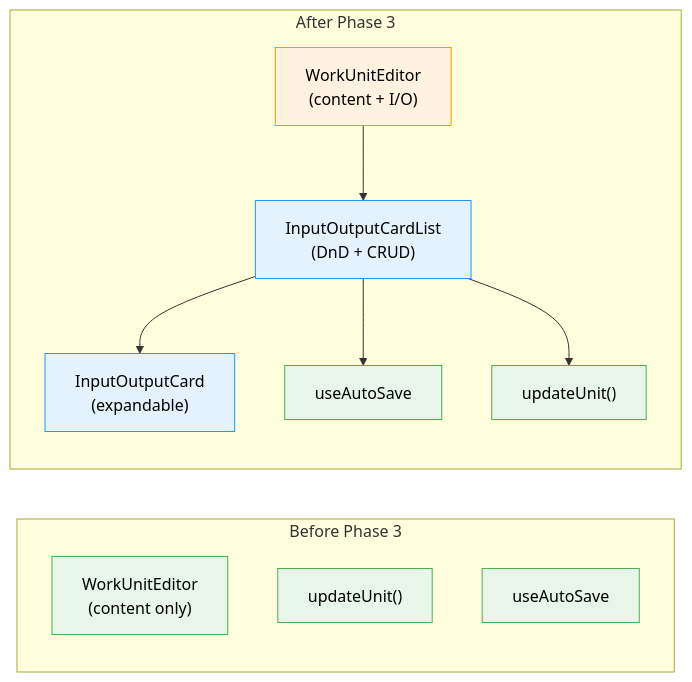
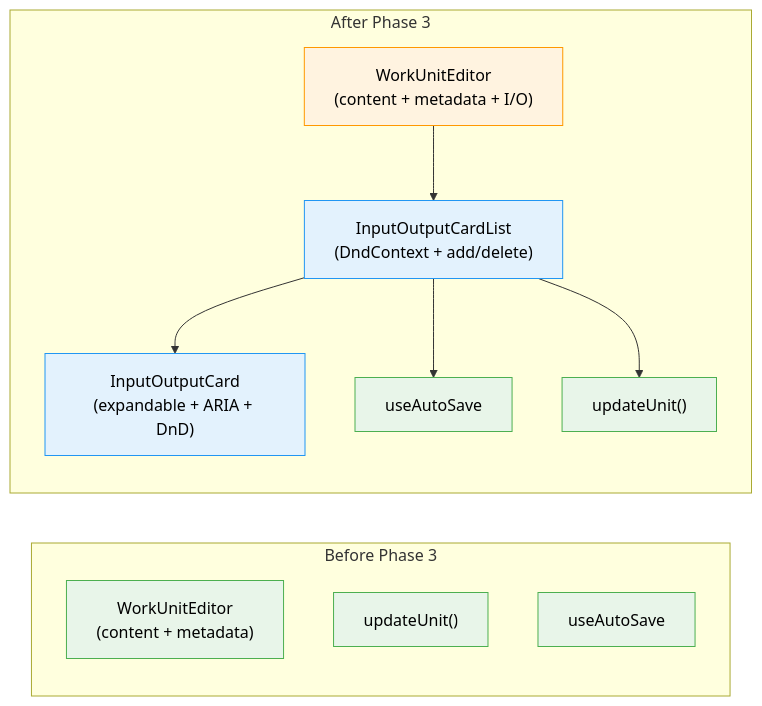
The second of 2 diagrams in docs/plans/058-workunit-editor/tasks/phase-3-inputs-outputs-configuration/tasks.fltplan.md (AI-Substrate/chainglass), drawn with Mermaid before and after one commit. The commit also changed other lines of this file and 1 other file, not shown here.

````diff
--- a/docs/plans/058-workunit-editor/tasks/phase-3-inputs-outputs-configuration/tasks.fltplan.md
+++ b/docs/plans/058-workunit-editor/tasks/phase-3-inputs-outputs-configuration/tasks.fltplan.md
@@ -73,25 +73,25 @@
 ```mermaid
 flowchart LR
     classDef existing fill:#E8F5E9,stroke:#4CAF50,color:#000
     classDef changed fill:#FFF3E0,stroke:#FF9800,color:#000
     classDef new fill:#E3F2FD,stroke:#2196F3,color:#000
 
     subgraph Before["Before Phase 3"]
-        B_WUE["WorkUnitEditor\n(content only)"]:::existing
+        B_WUE["WorkUnitEditor<br/>(content + metadata)"]:::existing
         B_ACT["updateUnit()"]:::existing
         B_HOOK["useAutoSave"]:::existing
     end
 
     subgraph After["After Phase 3"]
-        A_WUE["WorkUnitEditor\n(content + I/O)"]:::changed
-        A_CARD["InputOutputCard\n(expandable)"]:::new
-        A_LIST["InputOutputCardList\n(DnD + CRUD)"]:::new
+        A_WUE["WorkUnitEditor<br/>(content + metadata + I/O)"]:::changed
+        A_CARD["InputOutputCard<br/>(expandable + ARIA + DnD)"]:::new
+        A_LIST["InputOutputCardList<br/>(DndContext + add/delete)"]:::new
         A_ACT["updateUnit()"]:::existing
         A_HOOK["useAutoSave"]:::existing
 
         A_WUE --> A_LIST
         A_LIST --> A_CARD
         A_LIST --> A_HOOK
         A_LIST --> A_ACT
     end
 ```
````
